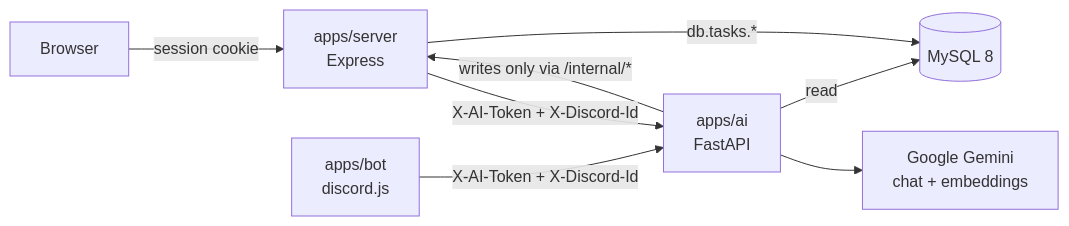
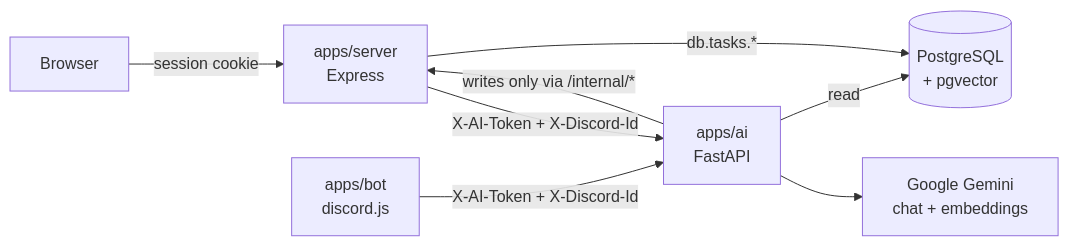
Before and after one commit to Mist10148/TaskQuest-Application: the first of 4 diagrams in docs/AI_ARCHITECTURE.md, drawn with Mermaid. The commit also changed other lines of this file and 19 other files, not shown here.

````diff
--- a/docs/AI_ARCHITECTURE.md
+++ b/docs/AI_ARCHITECTURE.md
@@ -25,10 +25,10 @@
 ```mermaid
 flowchart LR
     Browser -->|session cookie| Express[apps/server<br/>Express]
     Bot[apps/bot<br/>discord.js] -->|X-AI-Token + X-Discord-Id| AI
     Express -->|X-AI-Token + X-Discord-Id| AI[apps/ai<br/>FastAPI]
-    AI -->|read| MySQL[(MySQL 8)]
+    AI -->|read| PG[(PostgreSQL<br/>+ pgvector)]
     AI -->|writes only via /internal/*| Express
-    Express -->|db.tasks.*| MySQL
+    Express -->|db.tasks.*| PG
     AI --> Gemini[Google Gemini<br/>chat + embeddings]
 ```
````
